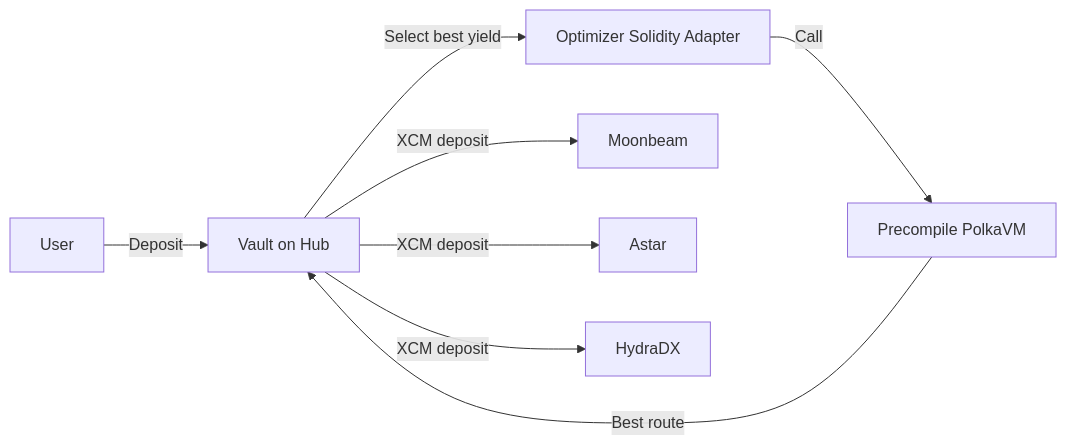
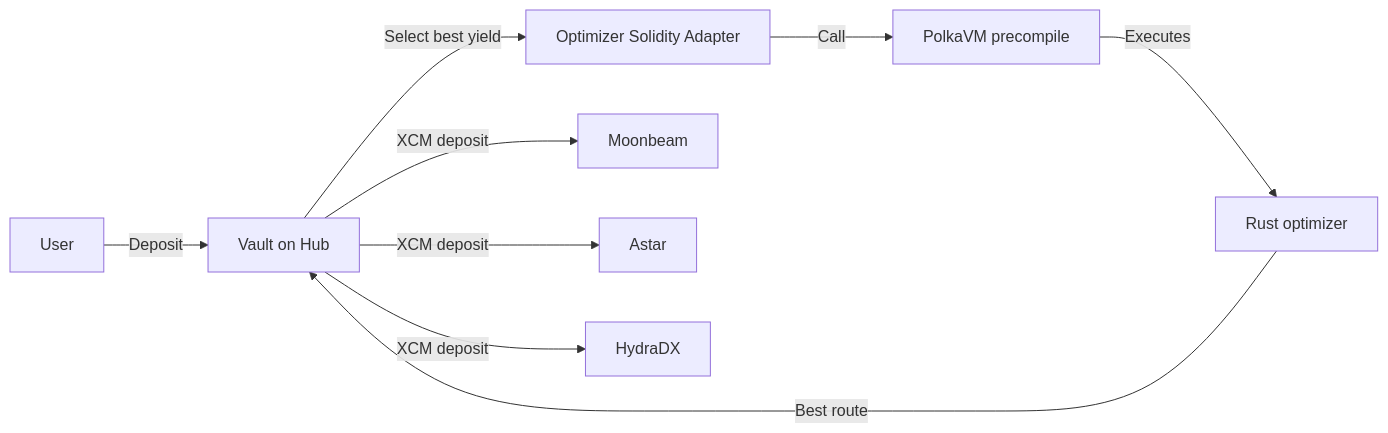
Before and after one commit to priyanshu07222/yeild-router: the diagram in README.md, drawn with Mermaid.

Commit message:
Update README.md flowchart to clarify the role of the Rust optimizer in the strategy selection process

````diff
--- a/README.md
+++ b/README.md
@@ -28,10 +28,11 @@
 ```mermaid
 flowchart LR
   U[User] -->|Deposit| V[Vault on Hub]
   V -->|Select best yield| O[Optimizer Solidity Adapter]
-  O -->|Call| P[Precompile PolkaVM]
-  P -->|Best route| V
+  O -->|Call| P[PolkaVM precompile]
+  P -->|Executes| R[Rust optimizer]
+  R -->|Best route| V
   V -->|XCM deposit| M[Moonbeam]
   V -->|XCM deposit| A[Astar]
   V -->|XCM deposit| H[HydraDX]
 ```
````
